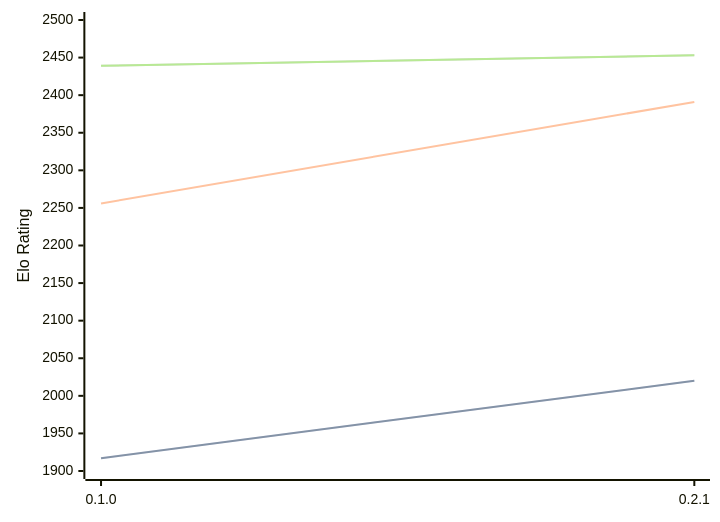
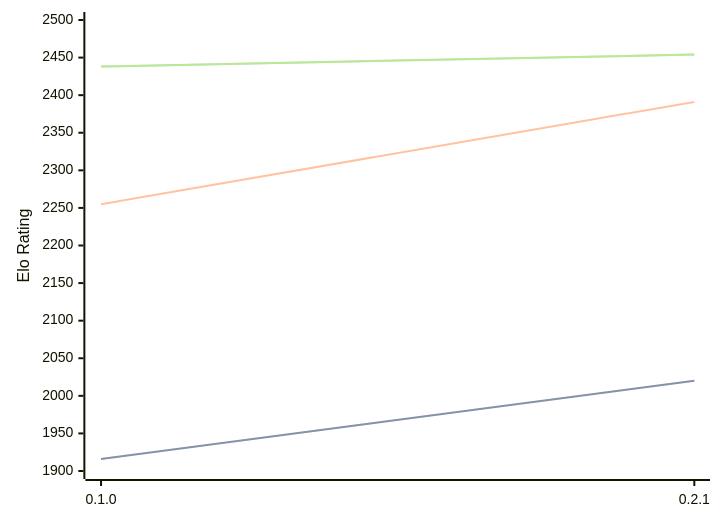
Before and after one commit to computer-chess-index/cci: the diagram in engines/Sykora.md, drawn with Mermaid. The commit also changed other lines of this file, not shown here.

Commit message:
Update CCI Ratings (ELO VLTC) - 2026-04-01

````diff
--- a/engines/Sykora.md
+++ b/engines/Sykora.md
@@ -33,11 +33,11 @@
 ```mermaid
 %%{init: {"theme":"base","themeVariables":{"seriesColors:['#a3a3a3','#222221','#faa371']}}}%%
 xychart-beta
   x-axis ["0.1.0", "0.2.1"]
   y-axis "Elo Rating" 1900 --> 2500
-  line "STC (8.0+0.08s)" [1917, 2020]
-  line "STC (8.0+0.08s)" [1917, 2020]
-  line "LTC (60.0+0.60s)" [2256, 2391]
-  line "VLTC (2m24s+1.12s)" [2439, 2453]
-  line "VLTC (2m24s+1.12s)" [2439, 2453]
+  line "STC (8.0+0.08s)" [1916, 2020]
+  line "STC (8.0+0.08s)" [1916, 2020]
+  line "LTC (60.0+0.60s)" [2255, 2391]
+  line "VLTC (2m24s+1.12s)" [2438, 2454]
+  line "VLTC (2m24s+1.12s)" [2438, 2454]
 ```
````
